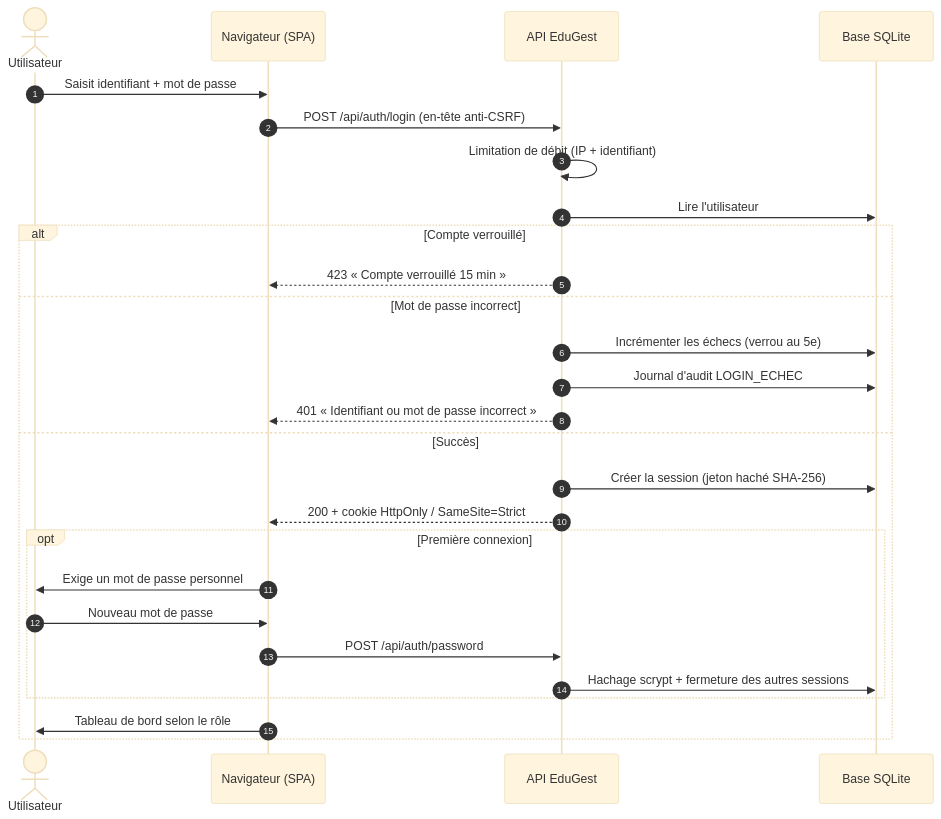
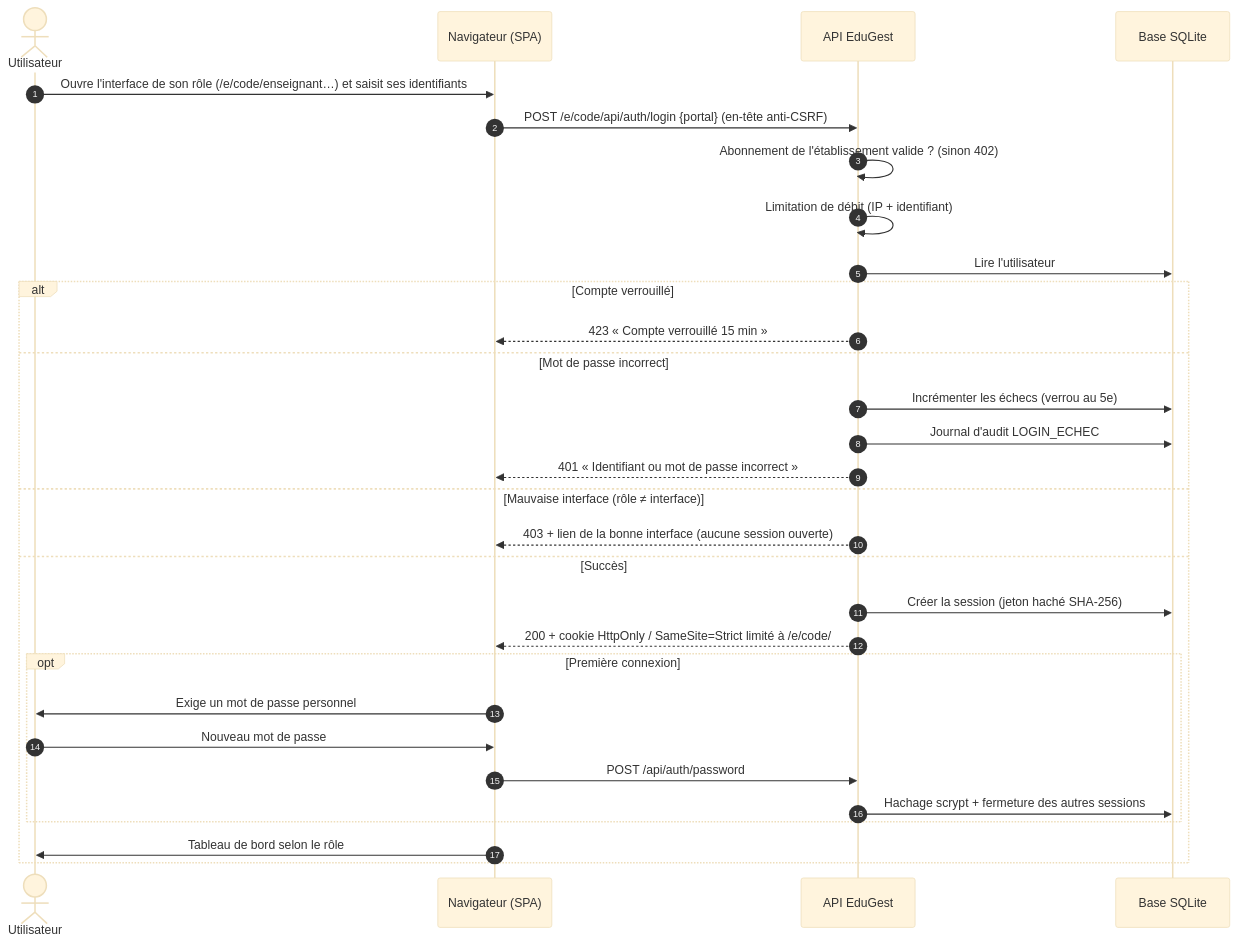
One commit to ANDJE30/MY_WORLD changed the diagram in docs/uml/04_seq_authentification.mmd. Above: the diagram before and after it, drawn with Mermaid (base theme). The commit also changed 132 other files, not shown here.

```diff
--- a/docs/uml/04_seq_authentification.mmd
+++ b/docs/uml/04_seq_authentification.mmd
@@ -1,27 +1,30 @@
 sequenceDiagram
   autonumber
   actor U as Utilisateur
   participant N as Navigateur (SPA)
   participant API as API EduGest
   participant DB as Base SQLite
-  U->>N: Saisit identifiant + mot de passe
-  N->>API: POST /api/auth/login (en-tête anti-CSRF)
+  U->>N: Ouvre l'interface de son rôle (/e/code/enseignant…) et saisit ses identifiants
+  N->>API: POST /e/code/api/auth/login {portal} (en-tête anti-CSRF)
+  API->>API: Abonnement de l'établissement valide ? (sinon 402)
   API->>API: Limitation de débit (IP + identifiant)
   API->>DB: Lire l'utilisateur
   alt Compte verrouillé
     API-->>N: 423 « Compte verrouillé 15 min »
   else Mot de passe incorrect
     API->>DB: Incrémenter les échecs (verrou au 5e)
     API->>DB: Journal d'audit LOGIN_ECHEC
     API-->>N: 401 « Identifiant ou mot de passe incorrect »
+  else Mauvaise interface (rôle ≠ interface)
+    API-->>N: 403 + lien de la bonne interface (aucune session ouverte)
   else Succès
     API->>DB: Créer la session (jeton haché SHA-256)
-    API-->>N: 200 + cookie HttpOnly / SameSite=Strict
+    API-->>N: 200 + cookie HttpOnly / SameSite=Strict limité à /e/code/
     opt Première connexion
       N->>U: Exige un mot de passe personnel
       U->>N: Nouveau mot de passe
       N->>API: POST /api/auth/password
       API->>DB: Hachage scrypt + fermeture des autres sessions
     end
     N->>U: Tableau de bord selon le rôle
   end
```
